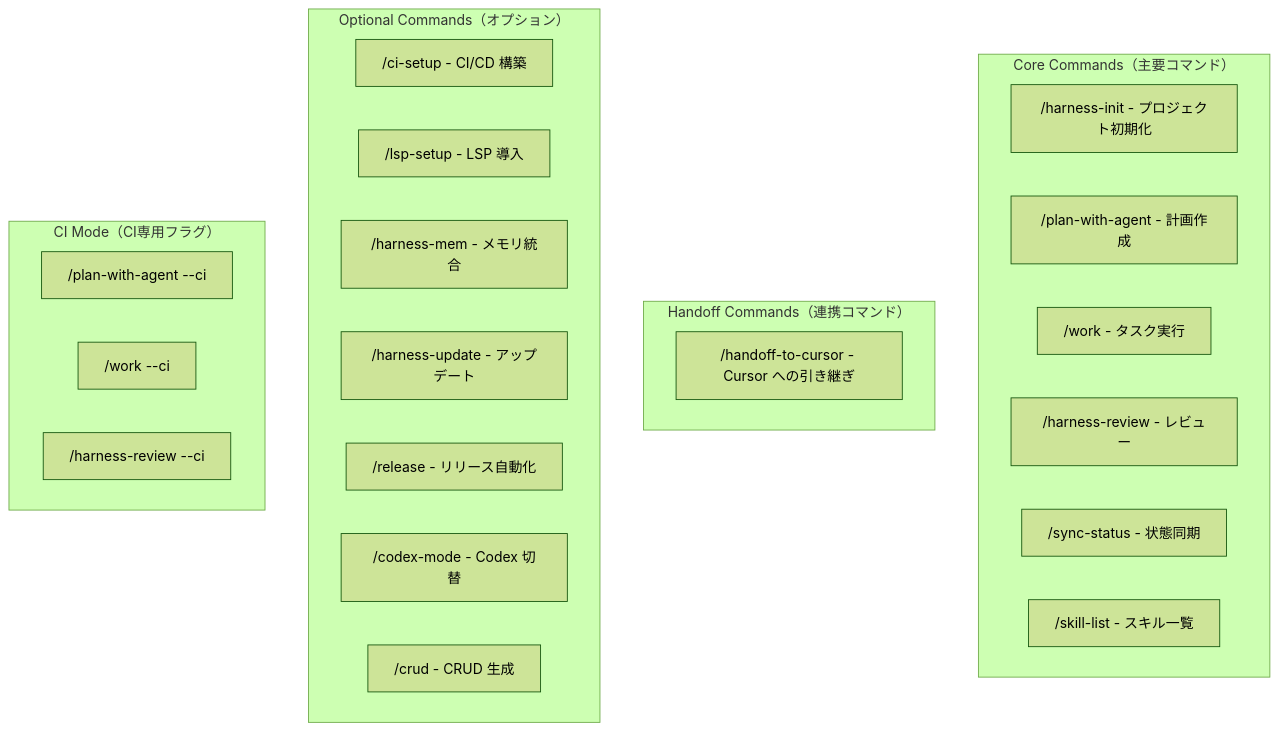
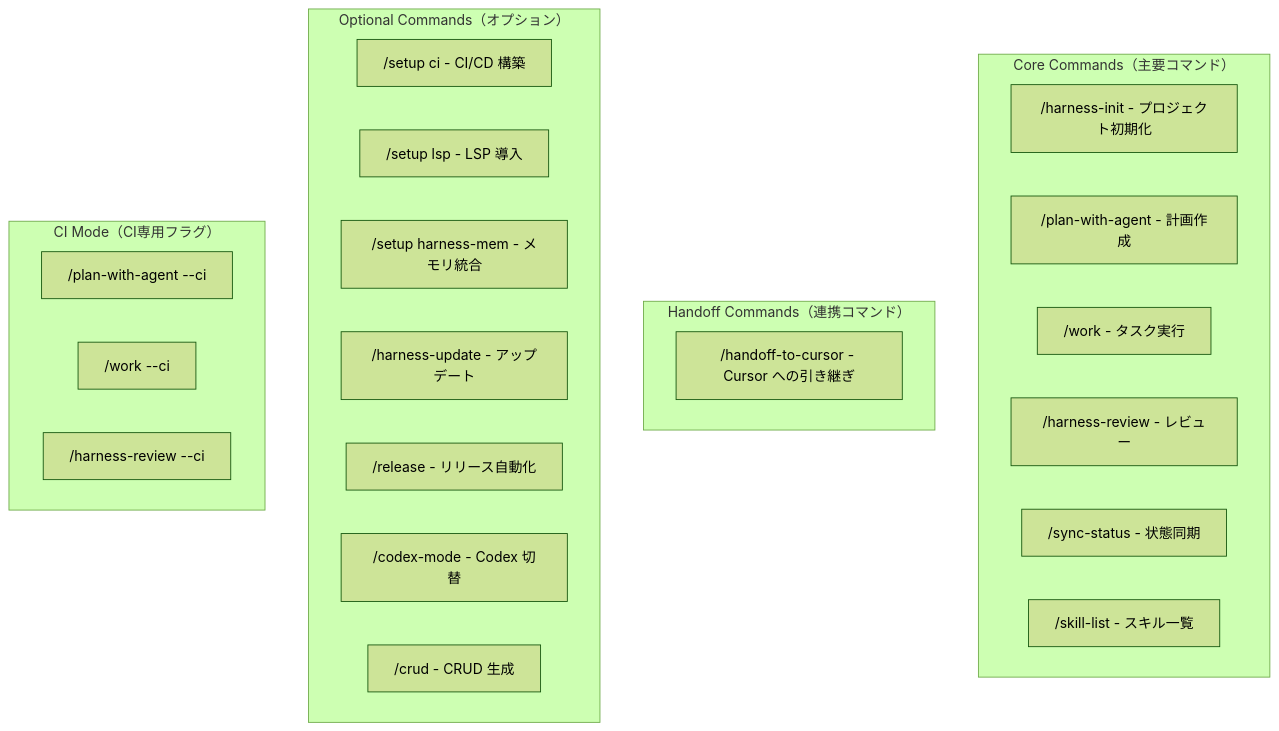
Before and after one commit to tim-hub/powerball-harness: the seventh of 11 diagrams in docs/HARNESS_COMPLETE_MAP.md, drawn with Mermaid (forest theme). The commit also changed other lines of this file and 251 other files, not shown here.

````diff
--- a/docs/HARNESS_COMPLETE_MAP.md
+++ b/docs/HARNESS_COMPLETE_MAP.md
@@ -318,31 +318,31 @@
 ```mermaid
 flowchart TB
     subgraph CORE["Core Commands（主要コマンド）"]
         C1["/harness-init - プロジェクト初期化"]
         C2["/plan-with-agent - 計画作成"]
         C3["/work - タスク実行"]
         C4["/harness-review - レビュー"]
         C5["/sync-status - 状態同期"]
         C6["/skill-list - スキル一覧"]
     end
 
     subgraph HANDOFF["Handoff Commands（連携コマンド）"]
         H1["/handoff-to-cursor - Cursor への引き継ぎ"]
     end
 
     subgraph OPTIONAL["Optional Commands（オプション）"]
-        O1["/ci-setup - CI/CD 構築"]
-        O2["/lsp-setup - LSP 導入"]
-        O3["/harness-mem - メモリ統合"]
+        O1["/setup ci - CI/CD 構築"]
+        O2["/setup lsp - LSP 導入"]
+        O3["/setup harness-mem - メモリ統合"]
         O4["/harness-update - アップデート"]
         O5["/release - リリース自動化"]
         O6["/codex-mode - Codex 切替"]
         O7["/crud - CRUD 生成"]
     end
 
     subgraph CI["CI Mode（CI専用フラグ）"]
         CI1["/plan-with-agent --ci"]
         CI2["/work --ci"]
         CI3["/harness-review --ci"]
     end
 ```
````
